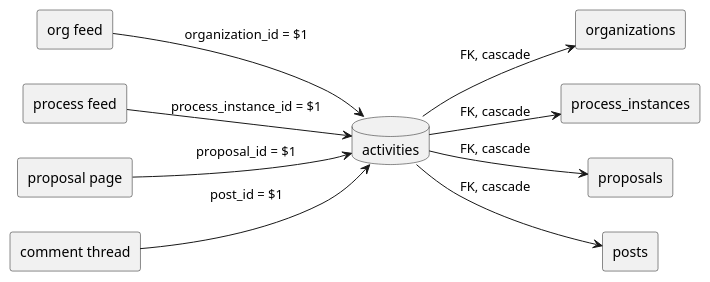
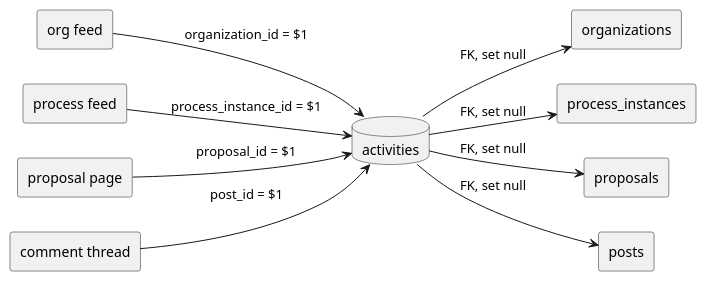
Before and after one commit to oneprojectorg/technical-presentations: the second of 2 diagrams in notifications/proposal-comment-stack.md, drawn with PlantUML. The commit also changed other lines of this file, not shown here.

````diff
--- a/notifications/proposal-comment-stack.md
+++ b/notifications/proposal-comment-stack.md
@@ -407,22 +418,22 @@
 ```plantuml
 @startuml
 left to right direction
 rectangle "org feed" as OF
 rectangle "process feed" as PF
 rectangle "proposal page" as PR
 rectangle "comment thread" as PO
 database "activities" as A
 rectangle "organizations" as O
 rectangle "process_instances" as PI
 rectangle "proposals" as P
 rectangle "posts" as PS
 OF --> A : organization_id = $1
 PF --> A : process_instance_id = $1
 PR --> A : proposal_id = $1
 PO --> A : post_id = $1
-A --> O : FK, cascade
-A --> PI : FK, cascade
-A --> P : FK, cascade
-A --> PS : FK, cascade
+A --> O : FK, set null
+A --> PI : FK, set null
+A --> P : FK, set null
+A --> PS : FK, set null
 @enduml
 ```
````
